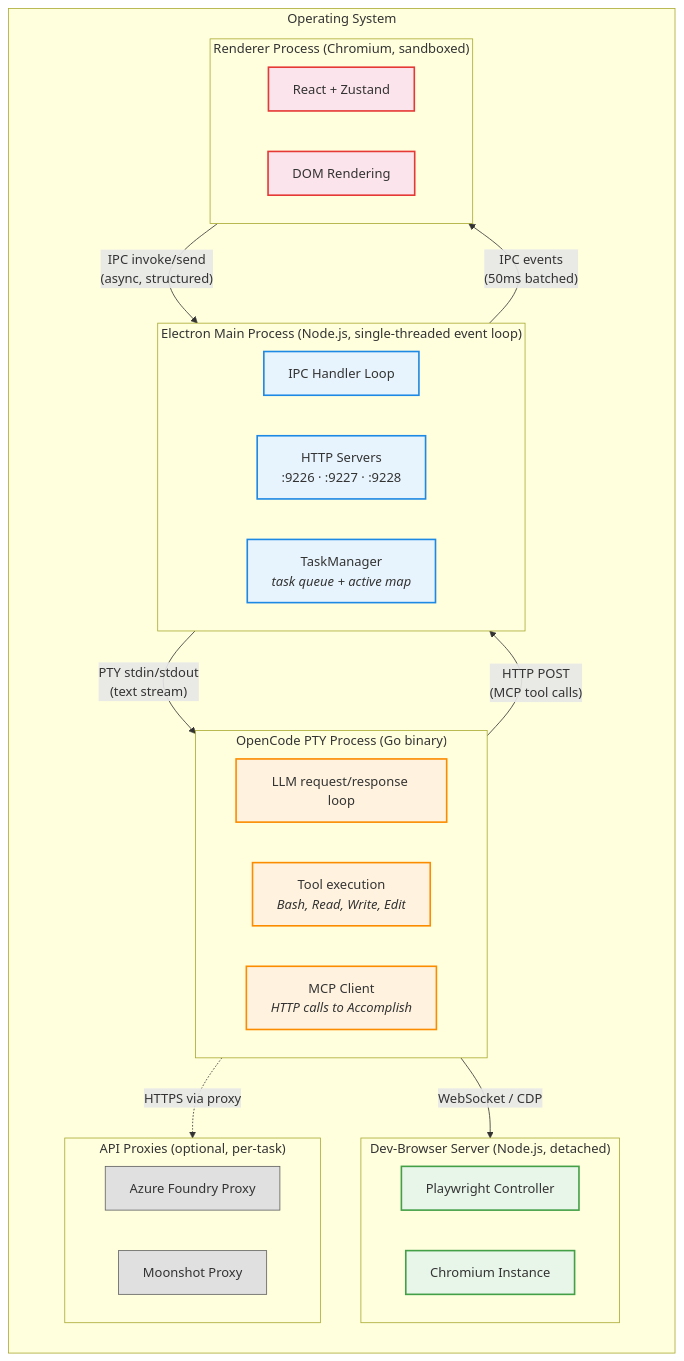
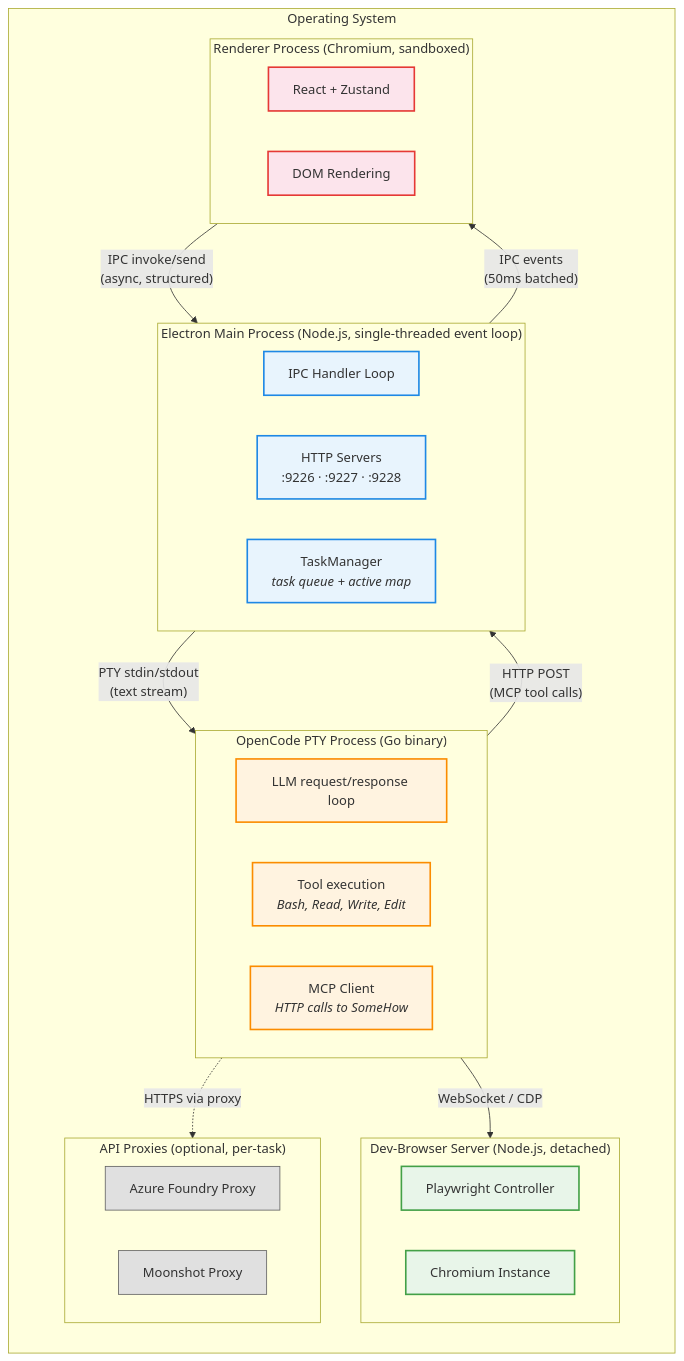
Before and after one commit to its-harshit/openplish: the first of 6 diagrams in docs/concurrency-viewpoint.md, drawn with Mermaid. The commit also changed other lines of this file and 148 other files, not shown here.

````diff
--- a/docs/concurrency-viewpoint.md
+++ b/docs/concurrency-viewpoint.md
@@ -11,58 +11,58 @@
 ```mermaid
 graph TB
   subgraph OS["Operating System"]
     direction TB
 
     subgraph ELECTRON_PROC["Electron Main Process  (Node.js, single-threaded event loop)"]
       direction LR
       IPC_LOOP["IPC Handler Loop"]
       HTTP_SERVERS["HTTP Servers<br/>:9226 · :9227 · :9228"]
       TASK_MGR["TaskManager<br/><i>task queue + active map</i>"]
     end
 
     subgraph RENDERER_PROC["Renderer Process  (Chromium, sandboxed)"]
       direction LR
       REACT["React + Zustand"]
       DOM["DOM Rendering"]
     end
 
     subgraph PTY_PROC["OpenCode PTY Process  (Go binary)"]
       direction LR
       LLM_LOOP["LLM request/response loop"]
       TOOL_EXEC["Tool execution<br/><i>Bash, Read, Write, Edit</i>"]
-      MCP_CLIENT["MCP Client<br/><i>HTTP calls to Accomplish</i>"]
+      MCP_CLIENT["MCP Client<br/><i>HTTP calls to SomeHow</i>"]
     end
 
     subgraph BROWSER_PROC["Dev-Browser Server  (Node.js, detached)"]
       direction LR
       PW["Playwright Controller"]
       CHROMIUM["Chromium Instance"]
     end
 
     subgraph PROXY_PROCS["API Proxies  (optional, per-task)"]
       AZ["Azure Foundry Proxy"]
       MOON["Moonshot Proxy"]
     end
   end
 
   RENDERER_PROC -->|"IPC invoke/send<br/>(async, structured)"| ELECTRON_PROC
   ELECTRON_PROC -->|"IPC events<br/>(50ms batched)"| RENDERER_PROC
 
   ELECTRON_PROC -->|"PTY stdin/stdout<br/>(text stream)"| PTY_PROC
   PTY_PROC -->|"HTTP POST<br/>(MCP tool calls)"| HTTP_SERVERS
 
   PTY_PROC -->|"WebSocket / CDP"| BROWSER_PROC
   PTY_PROC -.->|"HTTPS via proxy"| PROXY_PROCS
 
   classDef electron fill:#e8f4fd,stroke:#1e88e5,stroke-width:2px
   classDef renderer fill:#fce4ec,stroke:#e53935,stroke-width:2px
   classDef pty fill:#fff3e0,stroke:#fb8c00,stroke-width:2px
   classDef browser fill:#e8f5e9,stroke:#43a047,stroke-width:2px
   classDef proxy fill:#e0e0e0,stroke:#616161
 
   class IPC_LOOP,HTTP_SERVERS,TASK_MGR electron
   class REACT,DOM renderer
   class LLM_LOOP,TOOL_EXEC,MCP_CLIENT pty
   class PW,CHROMIUM browser
   class AZ,MOON proxy
 ```
````
